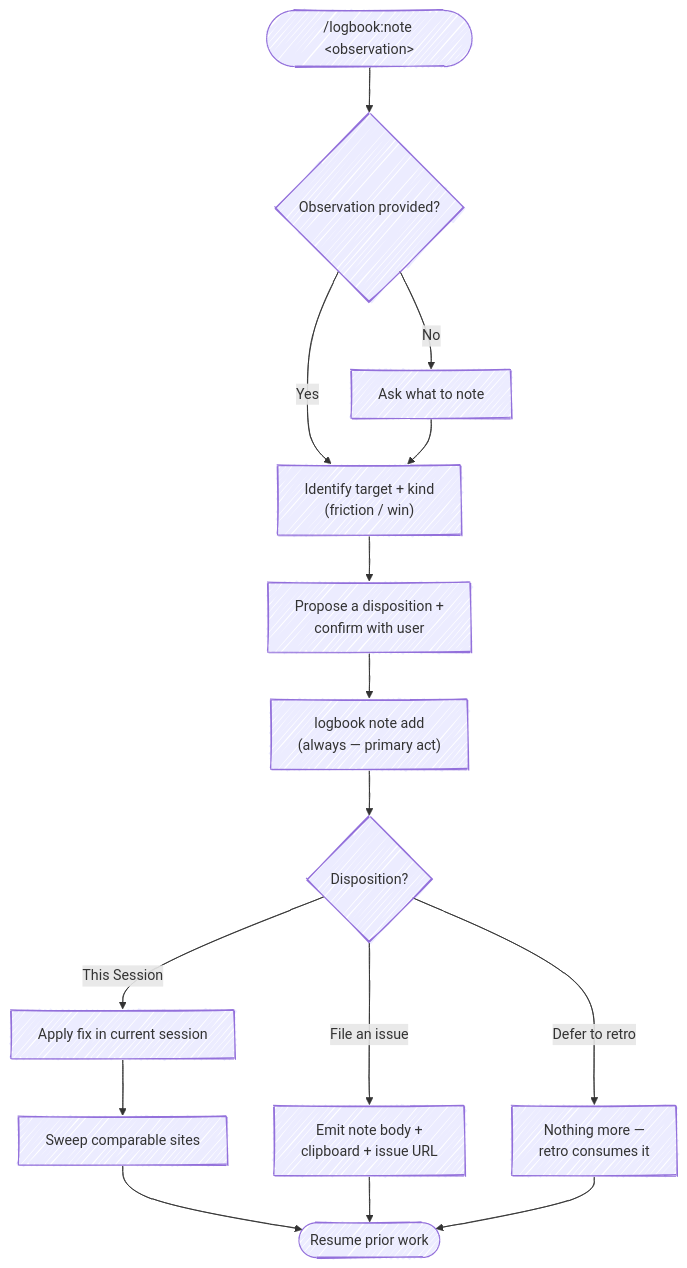
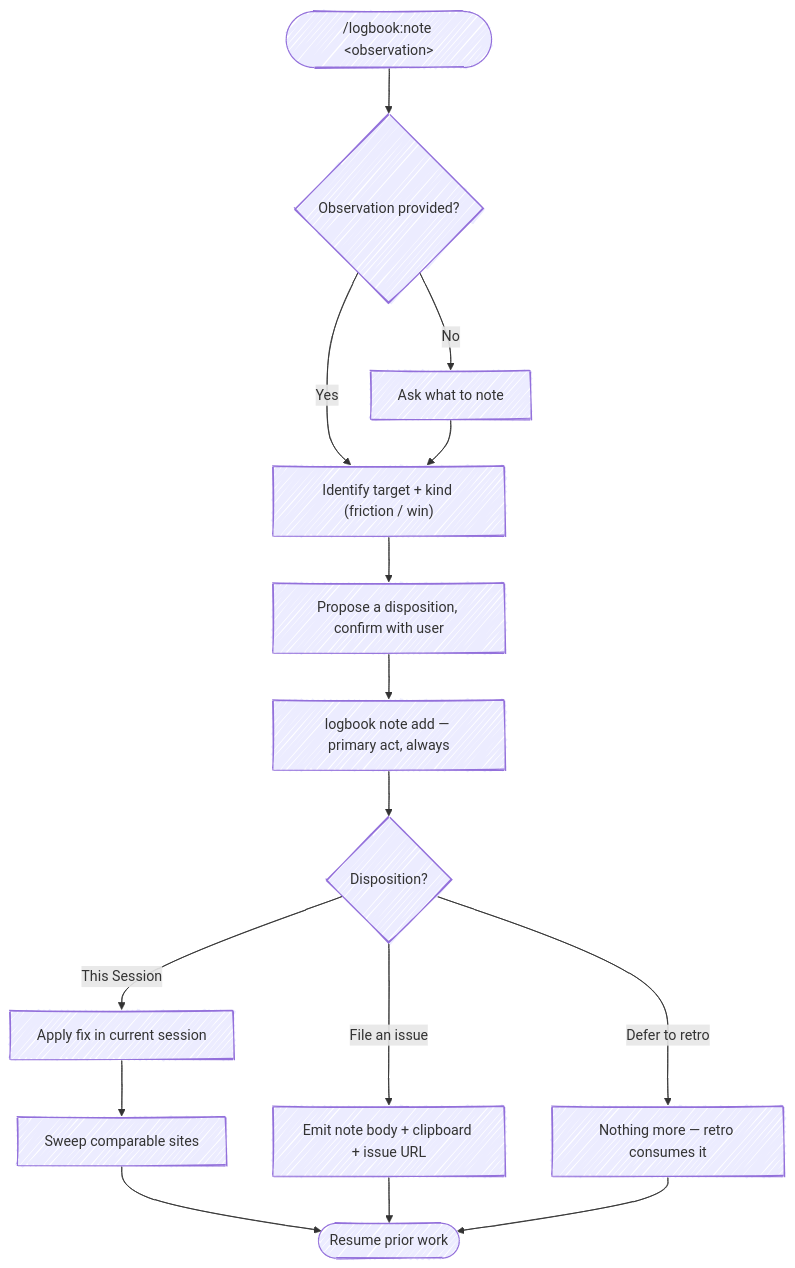
The diagram in skills/note/SKILL.md (chris-peterson/logbook), drawn with Mermaid before and after one commit. The commit also changed other lines of this file and 4 other files, not shown here.

````diff
--- a/skills/note/SKILL.md
+++ b/skills/note/SKILL.md
@@ -29,18 +28,18 @@
 ```mermaid
 %%{ init: { 'look': 'handDrawn' } }%%
 flowchart TD
     Start(["/logbook:note &lt;observation&gt;"]) --> HasArgs{Observation provided?}
     HasArgs -->|No| Ask["Ask what to note"]
-    HasArgs -->|Yes| Identify["Identify target + kind<br/>(friction / win)"]
+    HasArgs -->|Yes| Identify["Identify target + kind (friction / win)"]
     Ask --> Identify
-    Identify --> Disp["Propose a disposition +<br/>confirm with user"]
-    Disp --> Record["logbook note add<br/>(always — primary act)"]
+    Identify --> Disp["Propose a disposition, confirm with user"]
+    Disp --> Record["logbook note add — primary act, always"]
     Record --> Mode{Disposition?}
     Mode -->|This Session| Apply["Apply fix in current session"]
     Apply --> Sweep["Sweep comparable sites"]
     Sweep --> Resume([Resume prior work])
-    Mode -->|File an issue| Emit["Emit note body +<br/>clipboard + issue URL"]
+    Mode -->|File an issue| Emit["Emit note body + clipboard + issue URL"]
     Emit --> Resume
-    Mode -->|Defer to retro| Done["Nothing more —<br/>retro consumes it"]
+    Mode -->|Defer to retro| Done["Nothing more — retro consumes it"]
     Done --> Resume
 ```
````
